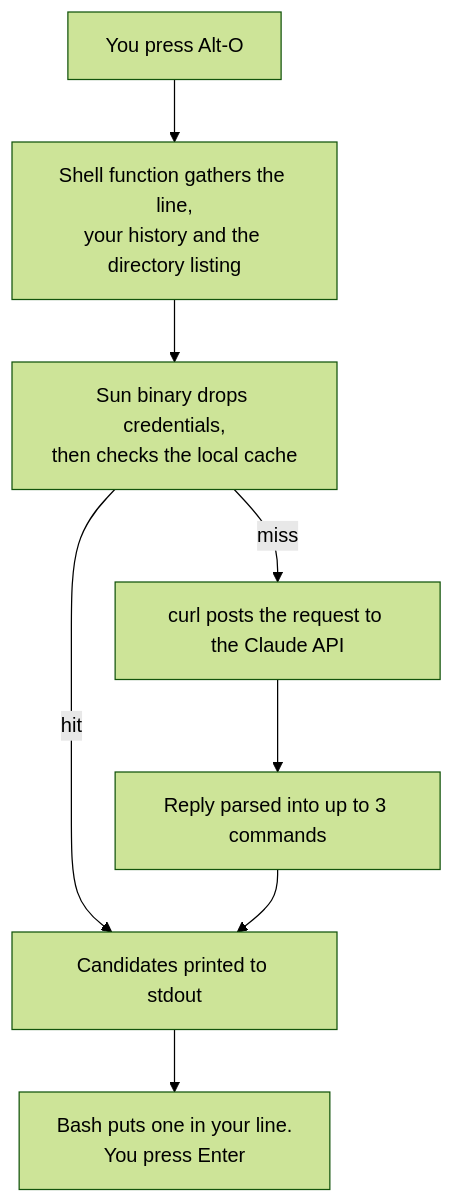
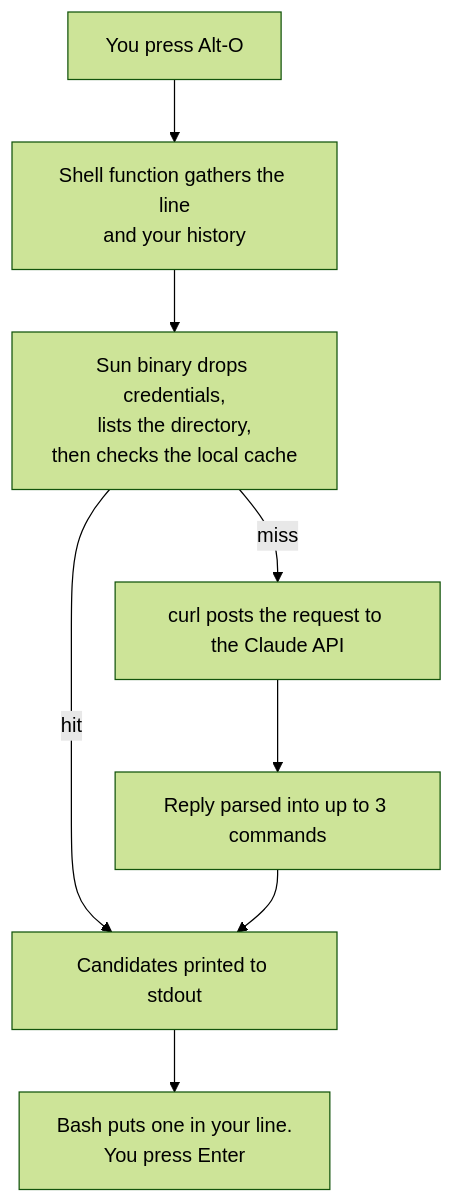
One commit to namo-robotics/namo_complete changed the diagram in README.md. Above: the diagram before and after it, drawn with Mermaid (forest theme). The commit also changed other lines of this file and 8 other files, not shown here.

````diff
--- a/README.md
+++ b/README.md
@@ -117,10 +120,10 @@
 ```mermaid
 flowchart TD
-    A["You press Alt-O"] --> B["Shell function gathers the line,<br>your history and the directory listing"]
-    B --> C["Sun binary drops credentials,<br>then checks the local cache"]
+    A["You press Alt-O"] --> B["Shell function gathers the line<br>and your history"]
+    B --> C["Sun binary drops credentials,<br>lists the directory,<br>then checks the local cache"]
     C -->|hit| F["Candidates printed to stdout"]
     C -->|miss| D["curl posts the request to the Claude API"]
     D --> E["Reply parsed into up to 3 commands"]
     E --> F
     F --> G["Bash puts one in your line.<br>You press Enter"]
 ```
````
